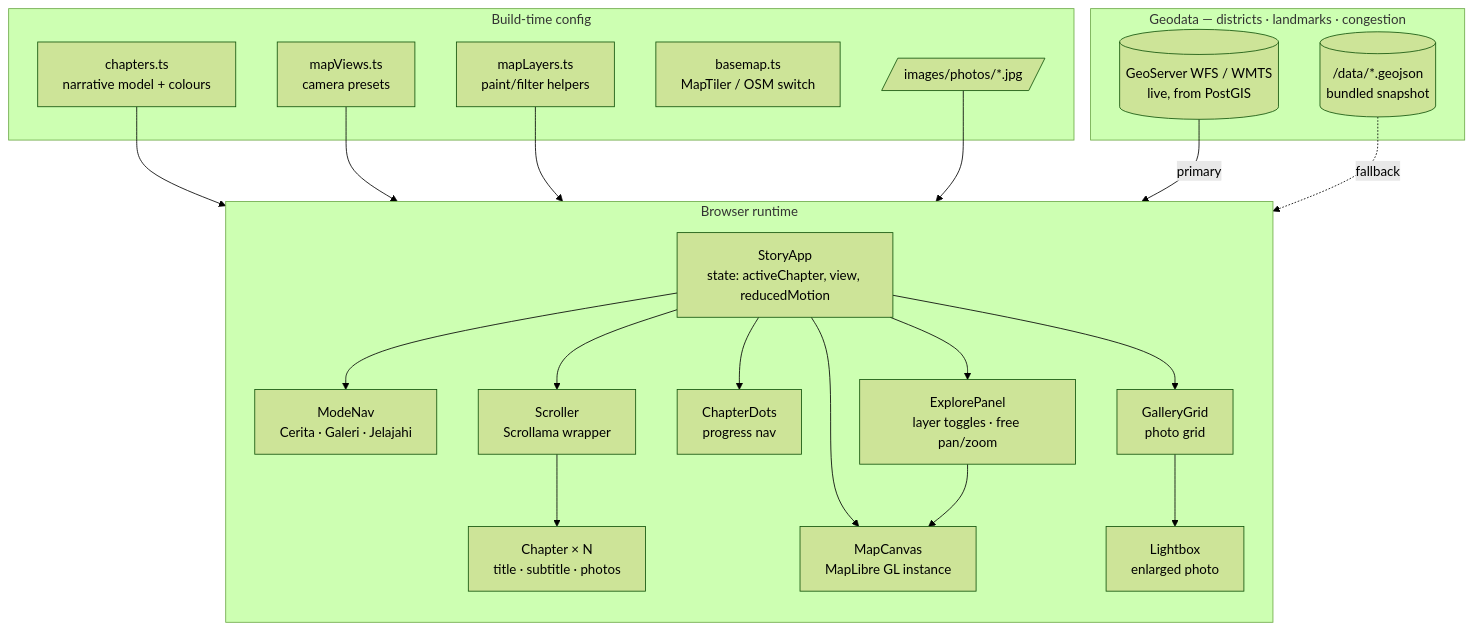
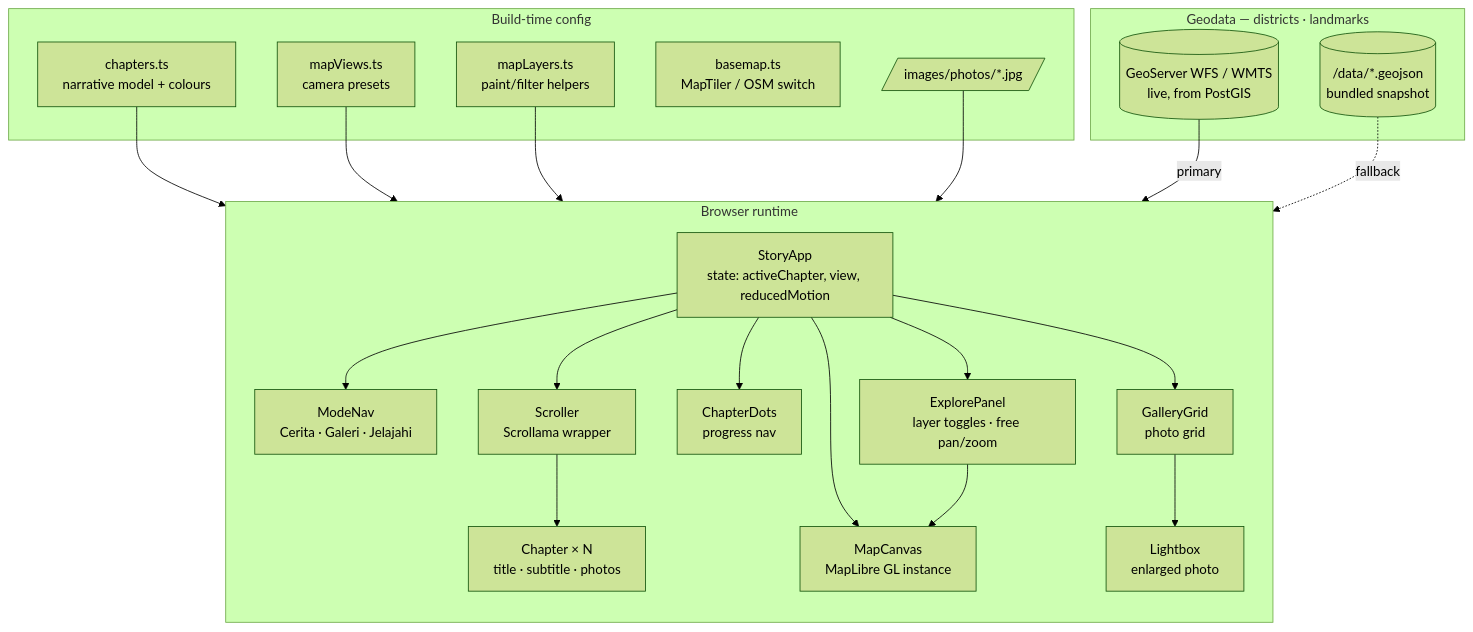
Before and after one commit to mahardisetyoso/jkt-webgis-catalyze: the second of 11 diagrams in docs/architecture.md, drawn with Mermaid (forest theme). The commit also changed other lines of this file and 15 other files, not shown here.

````diff
--- a/docs/architecture.md
+++ b/docs/architecture.md
@@ -74,44 +72,44 @@
 ```mermaid
 flowchart TB
     subgraph browser[Browser runtime]
         direction TB
         story[StoryApp<br/>state: activeChapter, view, reducedMotion]
         nav[ModeNav<br/>Cerita · Galeri · Jelajahi]
         scroller[Scroller<br/>Scrollama wrapper]
         chapter[Chapter × N<br/>title · subtitle · photos]
         dots[ChapterDots<br/>progress nav]
         map[MapCanvas<br/>MapLibre GL instance]
         explore[ExplorePanel<br/>layer toggles · free pan/zoom]
         gallery[GalleryGrid<br/>photo grid]
         lightbox[Lightbox<br/>enlarged photo]
         story --> nav
         story --> scroller
         scroller --> chapter
         story --> dots
         story --> map
         story --> explore
         explore --> map
         story --> gallery
         gallery --> lightbox
     end
 
     subgraph config[Build-time config]
         chapters[chapters.ts<br/>narrative model + colours]
         views[mapViews.ts<br/>camera presets]
         layers[mapLayers.ts<br/>paint/filter helpers]
         basemap[basemap.ts<br/>MapTiler / OSM switch]
         images[/images/photos/*.jpg/]
     end
 
-    subgraph data[Geodata — districts · landmarks · congestion]
+    subgraph data[Geodata — districts · landmarks]
         live[(GeoServer WFS / WMTS<br/>live, from PostGIS)]
         snap[(/data/*.geojson<br/>bundled snapshot)]
     end
 
     chapters --> story
     views --> story
     layers --> map
     live -->|primary| map
     snap -.->|fallback| map
     images --> chapter
 ```
````
